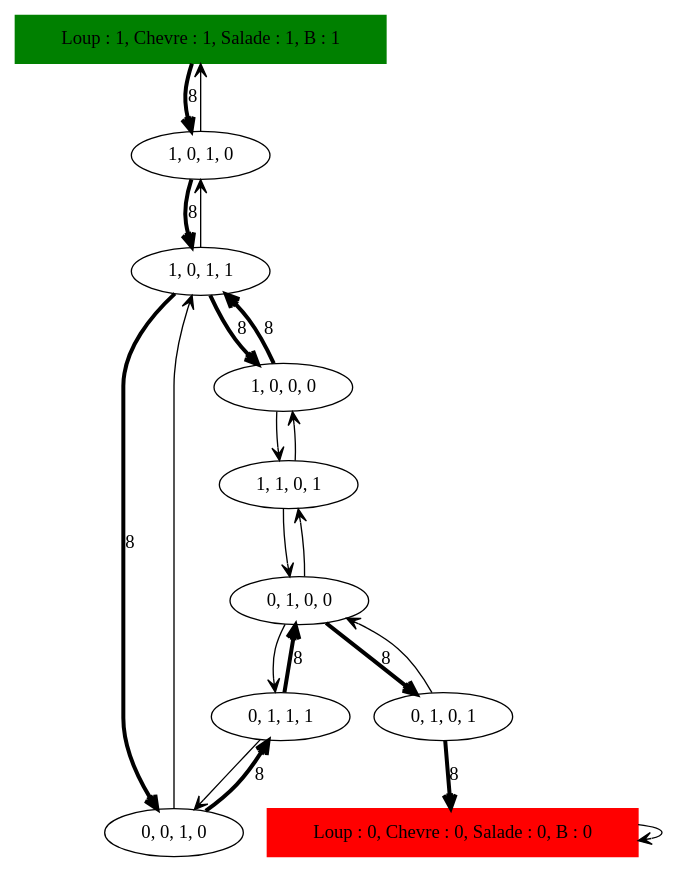
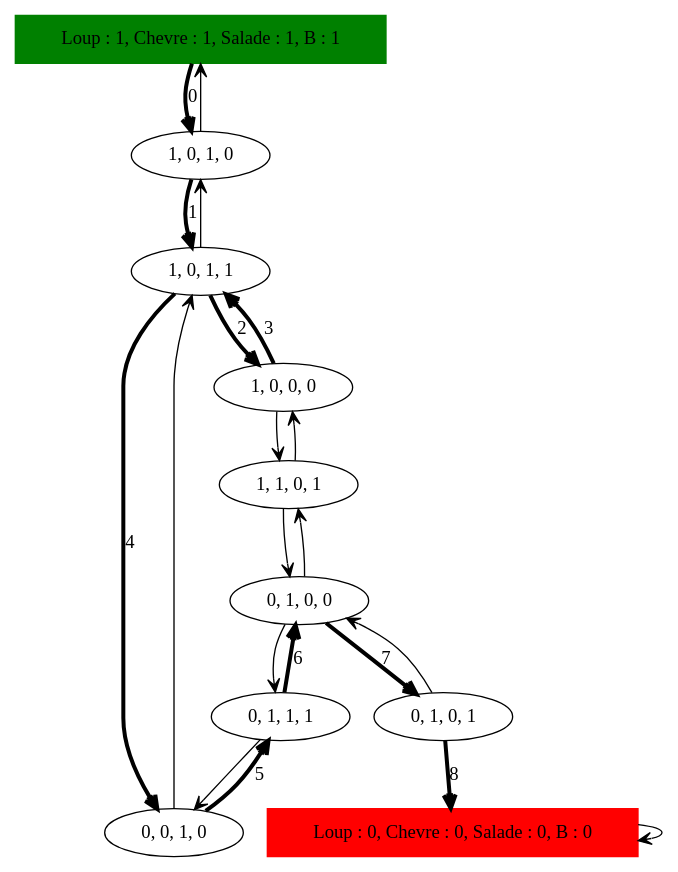
One commit to samsoucoupe/concept-a-ia changed the diagram in Concept_IA_Ben_dhiab_Roblin/DOT/LCS/LCS_Sol_8.dot. Above: the diagram before and after it, drawn with Graphviz. The commit also changed 251 other files, not shown here.

```diff
--- a/Concept_IA_Ben_dhiab_Roblin/DOT/LCS/LCS_Sol_8.dot
+++ b/Concept_IA_Ben_dhiab_Roblin/DOT/LCS/LCS_Sol_8.dot
@@ -1,24 +1,24 @@
 digraph LCS_Sol_ {
 	initial [label="Loup : 1, Chevre : 1, Salade : 1, B : 1" color=green shape=box style=filled]
 	final [label="Loup : 0, Chevre : 0, Salade : 0, B : 0" color=red shape=box style=filled]
-	initial -> "1, 0, 1, 0" [label=8 arrowhead=open penwidth=3]
-	"1, 0, 1, 0" -> "1, 0, 1, 1" [label=8 arrowhead=open penwidth=3]
+	initial -> "1, 0, 1, 0" [label=0 arrowhead=open penwidth=3]
+	"1, 0, 1, 0" -> "1, 0, 1, 1" [label=1 arrowhead=open penwidth=3]
 	"1, 0, 1, 0" -> initial [arrowhead=open]
 	"1, 0, 1, 1" -> "1, 0, 1, 0" [arrowhead=open]
-	"1, 0, 1, 1" -> "0, 0, 1, 0" [label=8 arrowhead=open penwidth=3]
-	"1, 0, 1, 1" -> "1, 0, 0, 0" [label=8 arrowhead=open penwidth=3]
+	"1, 0, 1, 1" -> "0, 0, 1, 0" [label=4 arrowhead=open penwidth=3]
+	"1, 0, 1, 1" -> "1, 0, 0, 0" [label=2 arrowhead=open penwidth=3]
 	"1, 0, 0, 0" -> "1, 1, 0, 1" [arrowhead=open]
-	"1, 0, 0, 0" -> "1, 0, 1, 1" [label=8 arrowhead=open penwidth=3]
+	"1, 0, 0, 0" -> "1, 0, 1, 1" [label=3 arrowhead=open penwidth=3]
 	"1, 1, 0, 1" -> "0, 1, 0, 0" [arrowhead=open]
 	"1, 1, 0, 1" -> "1, 0, 0, 0" [arrowhead=open]
-	"0, 1, 0, 0" -> "0, 1, 0, 1" [label=8 arrowhead=open penwidth=3]
+	"0, 1, 0, 0" -> "0, 1, 0, 1" [label=7 arrowhead=open penwidth=3]
 	"0, 1, 0, 0" -> "1, 1, 0, 1" [arrowhead=open]
 	"0, 1, 0, 0" -> "0, 1, 1, 1" [arrowhead=open]
 	"0, 1, 1, 1" -> "0, 0, 1, 0" [arrowhead=open]
-	"0, 1, 1, 1" -> "0, 1, 0, 0" [label=8 arrowhead=open penwidth=3]
+	"0, 1, 1, 1" -> "0, 1, 0, 0" [label=6 arrowhead=open penwidth=3]
 	"0, 0, 1, 0" -> "1, 0, 1, 1" [arrowhead=open]
-	"0, 0, 1, 0" -> "0, 1, 1, 1" [label=8 arrowhead=open penwidth=3]
+	"0, 0, 1, 0" -> "0, 1, 1, 1" [label=5 arrowhead=open penwidth=3]
 	"0, 1, 0, 1" -> "0, 1, 0, 0" [arrowhead=open]
 	"0, 1, 0, 1" -> final [label=8 arrowhead=open penwidth=3]
 	final -> final [arrowhead=open]
 }
```
